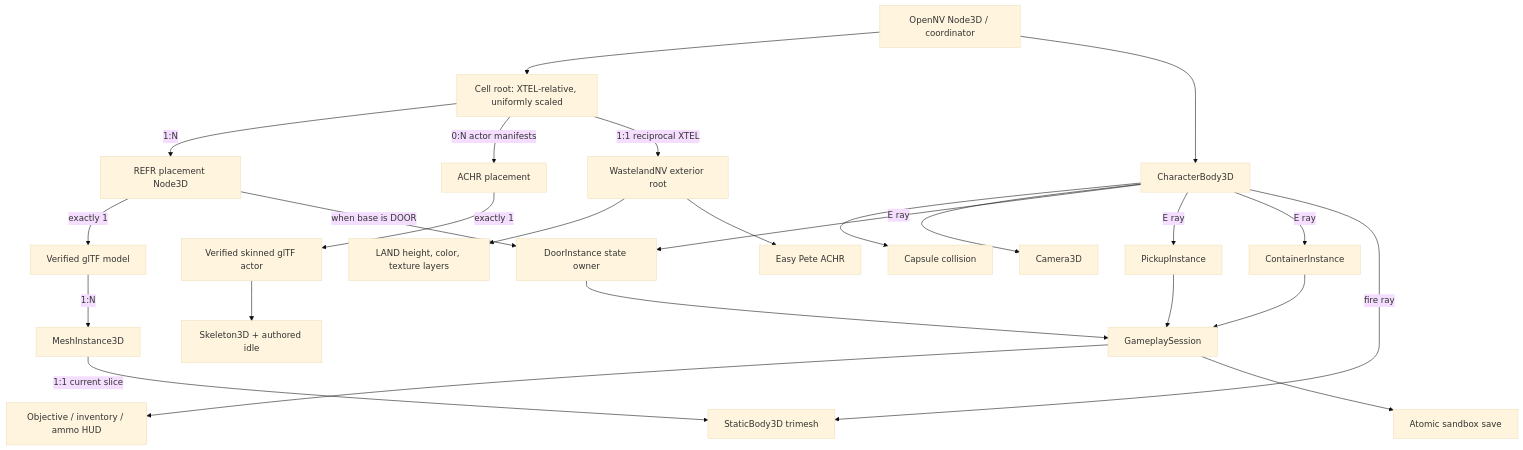
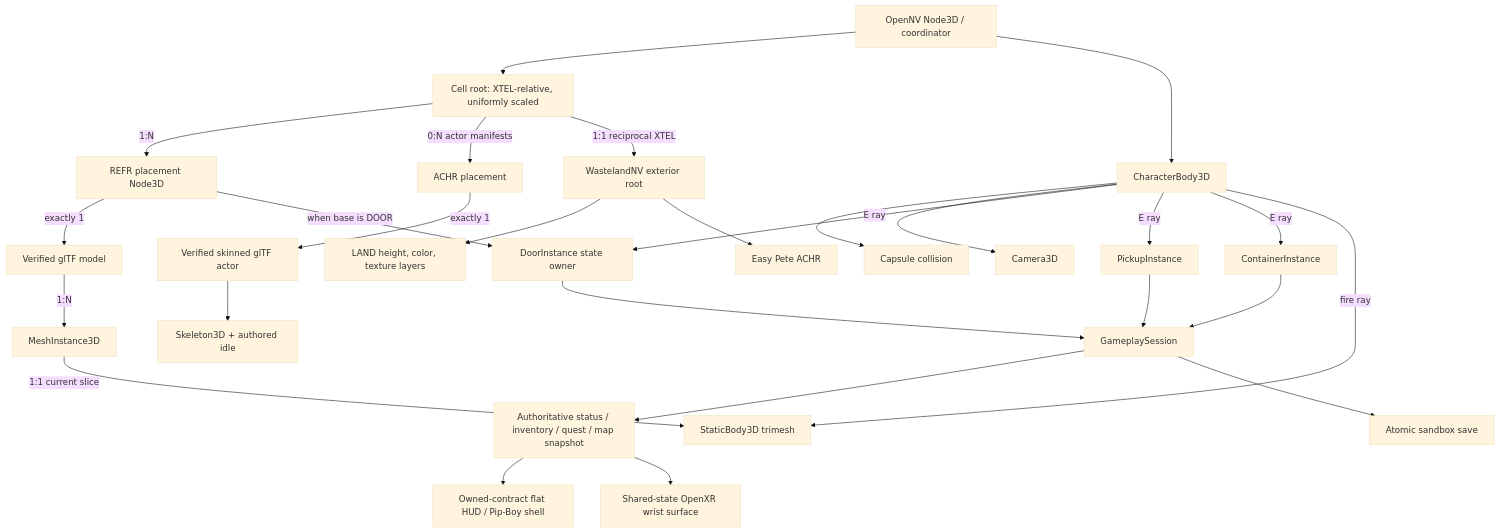
The second of 6 diagrams in docs/architecture.md (nikamigaming-create/OpenNV), drawn with Mermaid (base theme) before and after one commit. The commit also changed other lines of this file and 21 other files, not shown here.

````diff
--- a/docs/architecture.md
+++ b/docs/architecture.md
@@ -68,28 +69,30 @@
 ```mermaid
 flowchart TD
     Runtime[OpenNV Node3D / coordinator]
     Runtime --> CellRoot[Cell root: XTEL-relative, uniformly scaled]
     CellRoot -->|1:N| Placement[REFR placement Node3D]
     Placement -->|exactly 1| Model[Verified glTF model]
     Model -->|1:N| Mesh[MeshInstance3D]
     Mesh -->|1:1 current slice| Collision[StaticBody3D trimesh]
     Placement -->|when base is DOOR| Door[DoorInstance state owner]
     Runtime --> Player[CharacterBody3D]
     Player --> Capsule[Capsule collision]
     Player --> Camera[Camera3D]
     Player -->|E ray| Door
     Player -->|E ray| Pickup[PickupInstance]
     Player -->|E ray| Container[ContainerInstance]
     Player -->|fire ray| Collision
     Pickup --> Session[GameplaySession]
     Container --> Session
     Door --> Session
-    Session --> Hud[Objective / inventory / ammo HUD]
+    Session --> UiModel[Authoritative status / inventory / quest / map snapshot]
+    UiModel --> Hud[Owned-contract flat HUD / Pip-Boy shell]
+    UiModel --> Wrist[Shared-state OpenXR wrist surface]
     Session --> Save[Atomic sandbox save]
     CellRoot -->|0:N actor manifests| ActorPlacement[ACHR placement]
     ActorPlacement -->|exactly 1| ActorModel[Verified skinned glTF actor]
     ActorModel --> ActorSkeleton[Skeleton3D + authored idle]
     CellRoot -->|1:1 reciprocal XTEL| ExteriorRoot[WastelandNV exterior root]
     ExteriorRoot --> Land[LAND height, color, texture layers]
     ExteriorRoot --> ExteriorActor[Easy Pete ACHR]
 ```
````
